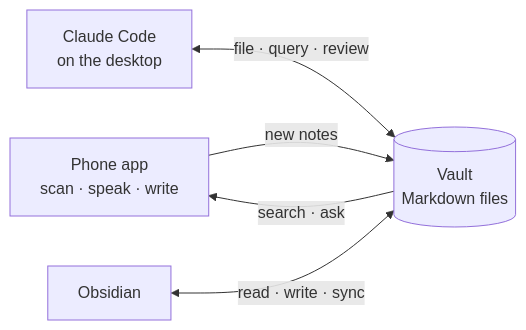
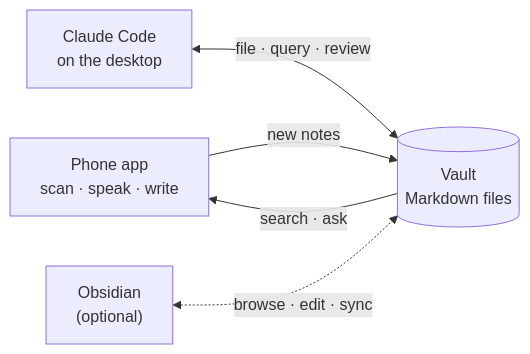
One commit to danehage/danebrain changed the diagram in README.md. Above: the diagram before and after it, drawn with Mermaid. The commit also changed other lines of this file and 6 other files, not shown here.

First line of the commit message:
Make Obsidian optional; 0.5.1

````diff
--- a/README.md
+++ b/README.md
@@ -13,7 +13,7 @@
 ```mermaid
 flowchart LR
     P["Phone app<br/>scan · speak · write"] -->|new notes| V[("Vault<br/>Markdown files")]
     V -->|search · ask| P
     C["Claude Code<br/>on the desktop"] <-->|file · query · review| V
-    O["Obsidian"] <-->|read · write · sync| V
+    O["Obsidian<br/>(optional)"] <-.->|browse · edit · sync| V
 ```
````
